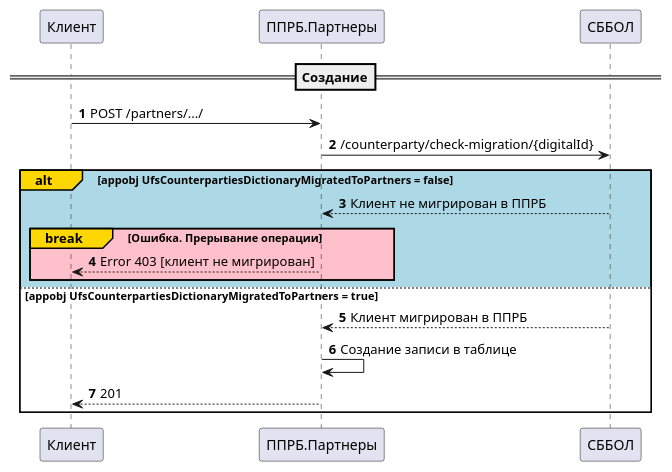
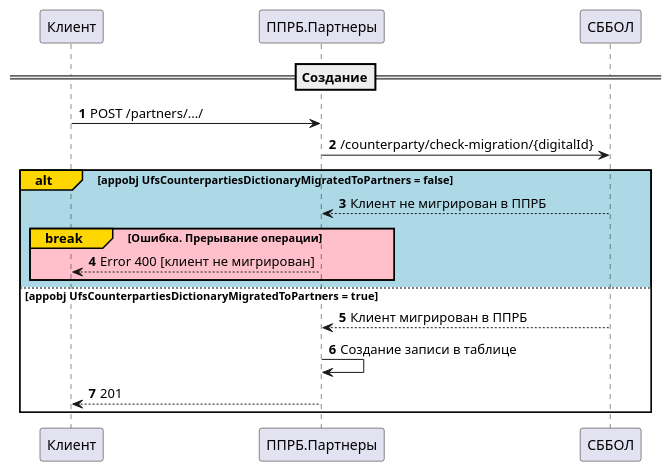
Before and after one commit to SSV4791/sbbol-partners: the diagram in docs/diagrams/replication/Iteration 1/create_document_contact_phone_email_address.puml, drawn with PlantUML. The commit also changed 294 other files, not shown here.

```diff
--- a/docs/diagrams/replication/Iteration 1/create_document_contact_phone_email_address.puml
+++ b/docs/diagrams/replication/Iteration 1/create_document_contact_phone_email_address.puml
@@ -1,17 +1,17 @@
 @startuml
 'https://plantuml.com/sequence-diagram
 autonumber
 ==Создание==
 Клиент -> ППРБ.Партнеры: POST /partners/.../
 ППРБ.Партнеры -> СББОЛ: /counterparty/check-migration/{digitalId}
 alt#Gold #lightblue appobj UfsCounterpartiesDictionaryMigratedToPartners = false
 СББОЛ --> ППРБ.Партнеры: Клиент не мигрирован в ППРБ
 break#Gold #Pink Ошибка. Прерывание операции
-ППРБ.Партнеры --> Клиент: Error 403 [клиент не мигрирован]
+ППРБ.Партнеры --> Клиент: Error 400 [клиент не мигрирован]
 end
 else #white appobj UfsCounterpartiesDictionaryMigratedToPartners = true
 СББОЛ --> ППРБ.Партнеры: Клиент мигрирован в ППРБ
 ППРБ.Партнеры -> ППРБ.Партнеры: Создание записи в таблице
 ППРБ.Партнеры --> Клиент: 201
 end
 @enduml
```
